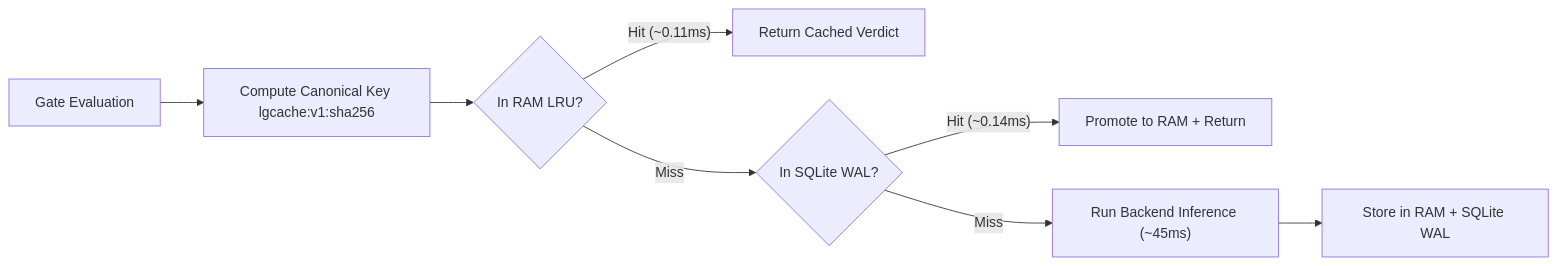
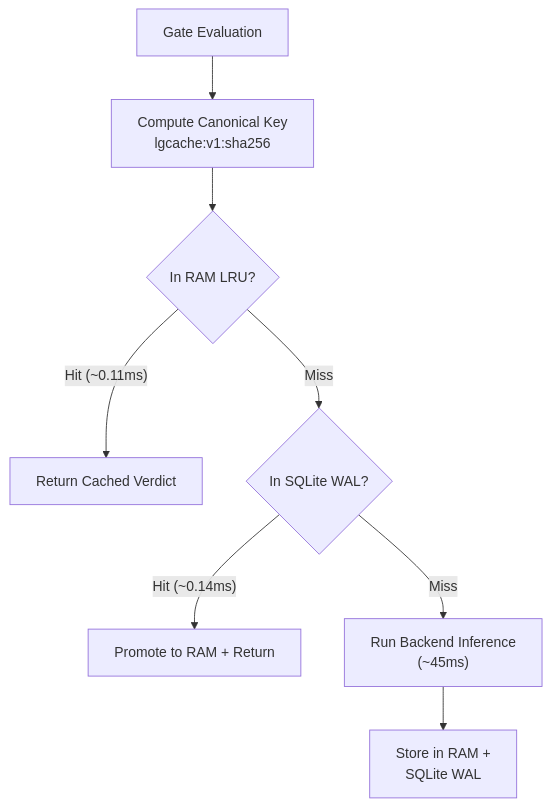
Before and after one commit to jasonbdly/LogitGate: the fifth of 7 diagrams in docs/architecture.md, drawn with Mermaid. The commit also changed other lines of this file and 24 other files, not shown here.

````diff
--- a/docs/architecture.md
+++ b/docs/architecture.md
@@ -442,10 +436,10 @@
 ```mermaid
-flowchart LR
-    eval["Gate Evaluation"] --> hash["Compute Canonical Key lgcache:v1:sha256"]
+flowchart TD
+    eval["Gate Evaluation"] --> hash["Compute Canonical Key<br/>lgcache:v1:sha256"]
     hash --> mem{"In RAM LRU?"}
     mem -->|"Hit (~0.11ms)"| ret["Return Cached Verdict"]
     mem -->|"Miss"| disk{"In SQLite WAL?"}
     disk -->|"Hit (~0.14ms)"| load["Promote to RAM + Return"]
-    disk -->|"Miss"| run["Run Backend Inference (~45ms)"]
-    run --> save["Store in RAM + SQLite WAL"]
+    disk -->|"Miss"| run["Run Backend Inference<br/>(~45ms)"]
+    run --> save["Store in RAM +<br/>SQLite WAL"]
 ```
````
